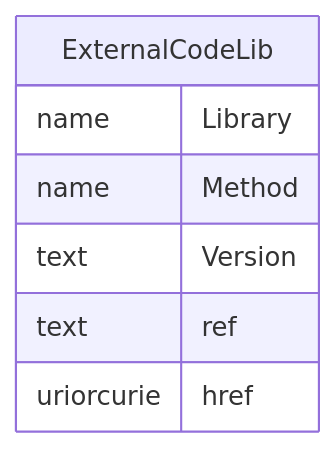
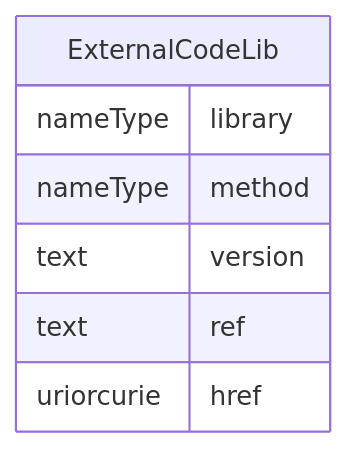
The diagram in docs/ExternalCodeLib.md (cdisc-org/DataExchange-ODM-LinkML), drawn with Mermaid before and after one commit. The commit also changed other lines of this file and 759 other files, not shown here.

````diff
--- a/docs/ExternalCodeLib.md
+++ b/docs/ExternalCodeLib.md
@@ -11,13 +11,13 @@
 ```mermaid
 erDiagram
 ExternalCodeLib {
-    name Library  
-    name Method  
-    text Version  
+    nameType library  
+    nameType method  
+    text version  
     text ref  
     uriorcurie href  
 }
 
 
 
 ```
````
